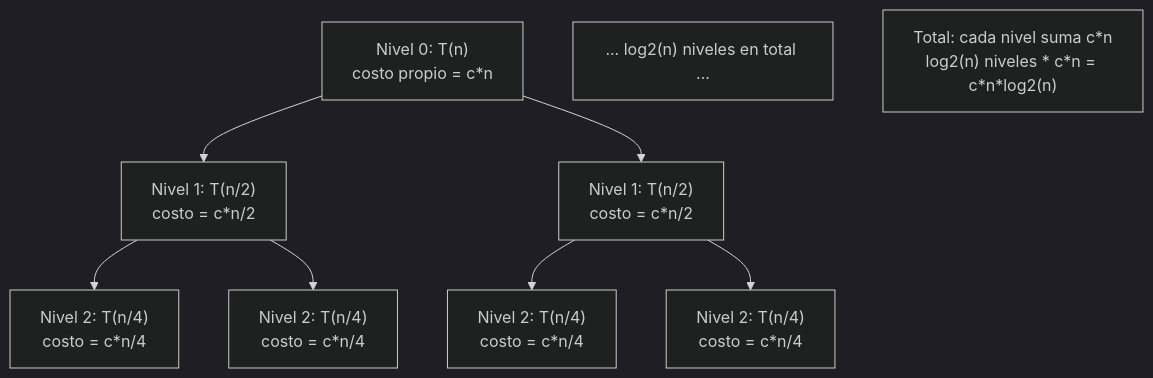
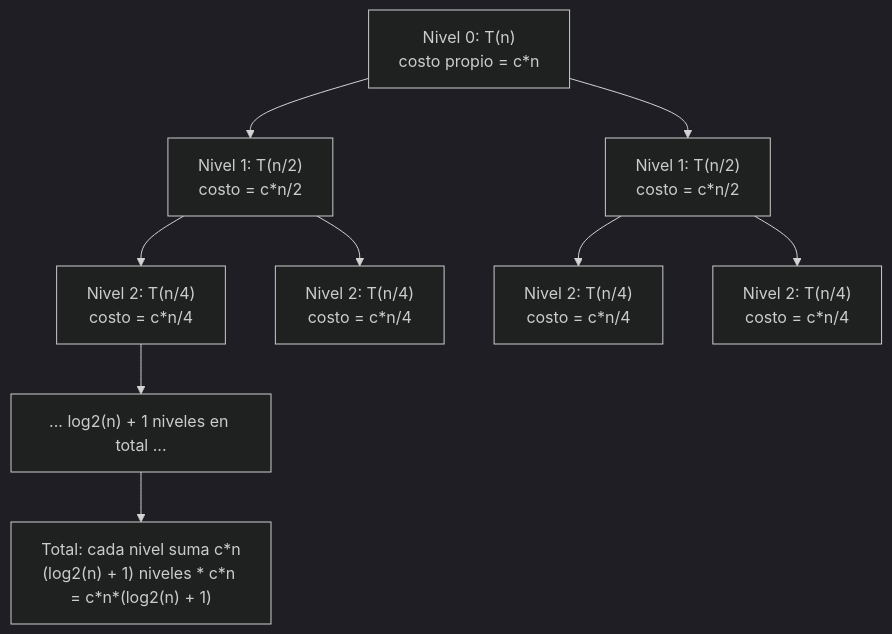
Before and after one commit to santiagoSuarez219/nodo-edu: the second of 4 diagrams in content/cursos/analisis-de-algoritmos/como-resolver-recurrencias.mdx, drawn with Mermaid (dark theme). The commit also changed other lines of this file and 4 other files, not shown here.

````diff
--- a/content/cursos/analisis-de-algoritmos/como-resolver-recurrencias.mdx
+++ b/content/cursos/analisis-de-algoritmos/como-resolver-recurrencias.mdx
@@ -136,11 +138,11 @@
 ```mermaid
 flowchart TB
   A["Nivel 0: T(n)\ncosto propio = c*n"] --> B["Nivel 1: T(n/2)\ncosto = c*n/2"]
   A --> C["Nivel 1: T(n/2)\ncosto = c*n/2"]
   B --> D["Nivel 2: T(n/4)\ncosto = c*n/4"]
   B --> E["Nivel 2: T(n/4)\ncosto = c*n/4"]
   C --> F["Nivel 2: T(n/4)\ncosto = c*n/4"]
   C --> G["Nivel 2: T(n/4)\ncosto = c*n/4"]
-  H["... log2(n) niveles en total ..."]
-  I["Total: cada nivel suma c*n\nlog2(n) niveles * c*n = c*n*log2(n)"]
+  D --> H["... log2(n) + 1 niveles en total ..."]
+  H --> I["Total: cada nivel suma c*n\n(log2(n) + 1) niveles * c*n = c*n*(log2(n) + 1)"]
 ```
````
